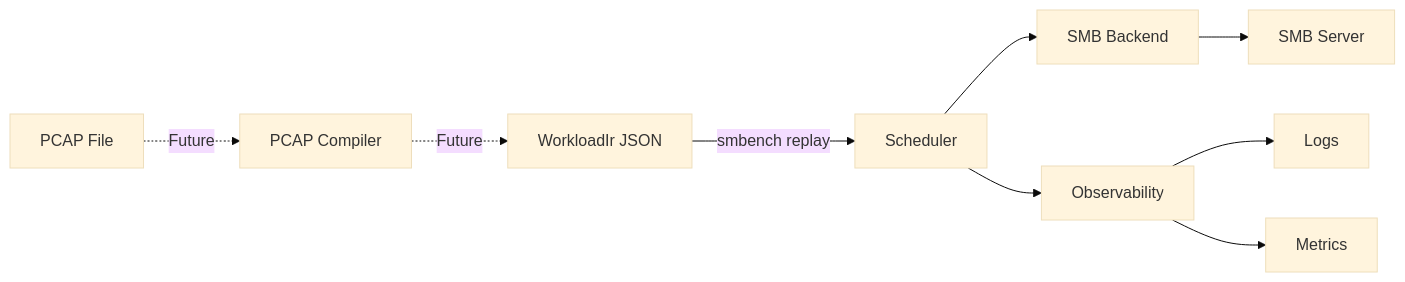
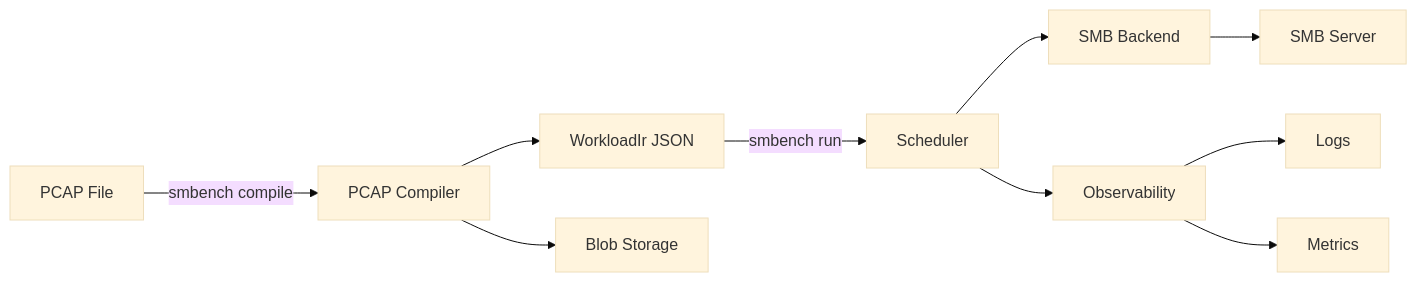
The first of 3 diagrams in docs/architecture-current.md (SmokerMS/smbench), drawn with Mermaid (base theme) before and after one commit. The commit also changed other lines of this file and 3 other files, not shown here.

First line of the commit message:
docs: update documentation to reflect completed PCAP compiler

````diff
--- a/docs/architecture-current.md
+++ b/docs/architecture-current.md
@@ -49,12 +50,14 @@
 ```mermaid
 graph LR
-    PCAP[PCAP File] -.->|Future| Compiler[PCAP Compiler]
-    Compiler -.->|Future| IR[WorkloadIr JSON]
-    IR -->|smbench replay| Scheduler[Scheduler]
+    PCAP[PCAP File] -->|smbench compile| Compiler[PCAP Compiler]
+    Compiler --> IR[WorkloadIr JSON]
+    IR -->|smbench run| Scheduler[Scheduler]
     Scheduler --> Backend[SMB Backend]
     Backend --> Server[SMB Server]
     
     Scheduler --> Observability[Observability]
     Observability --> Logs[Logs]
     Observability --> Metrics[Metrics]
+    
+    Compiler --> Blobs[Blob Storage]
 ```
````
